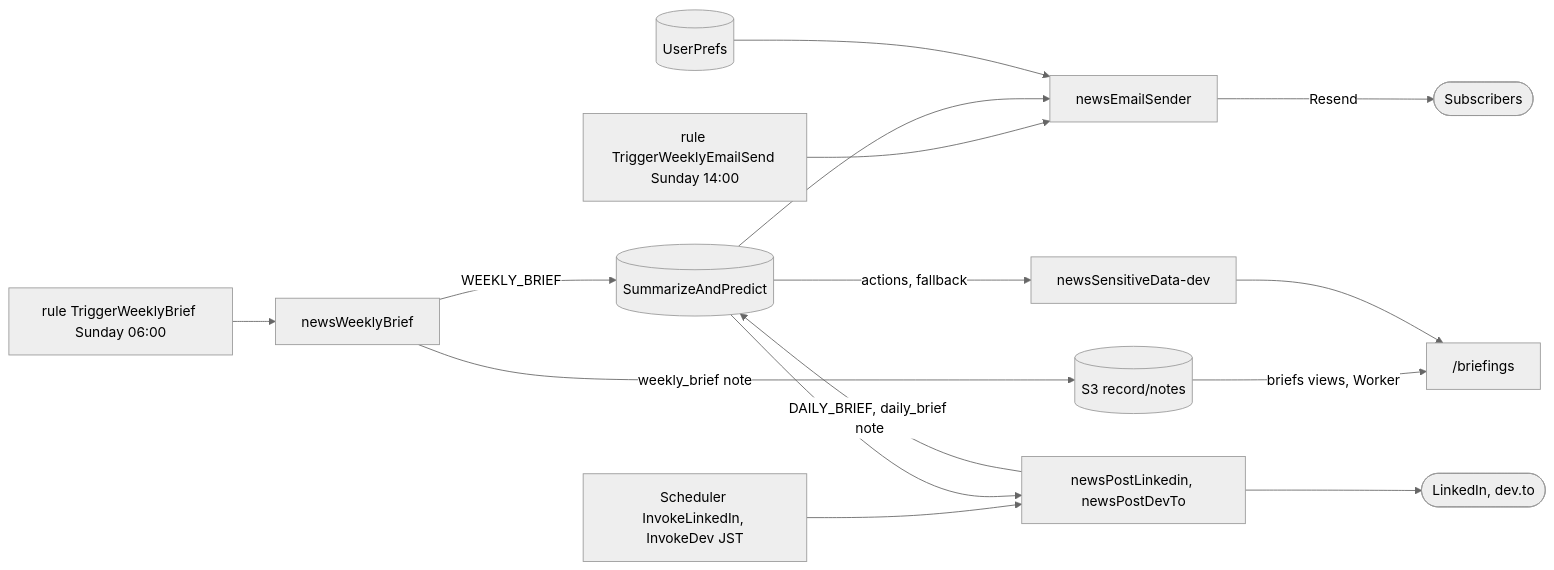
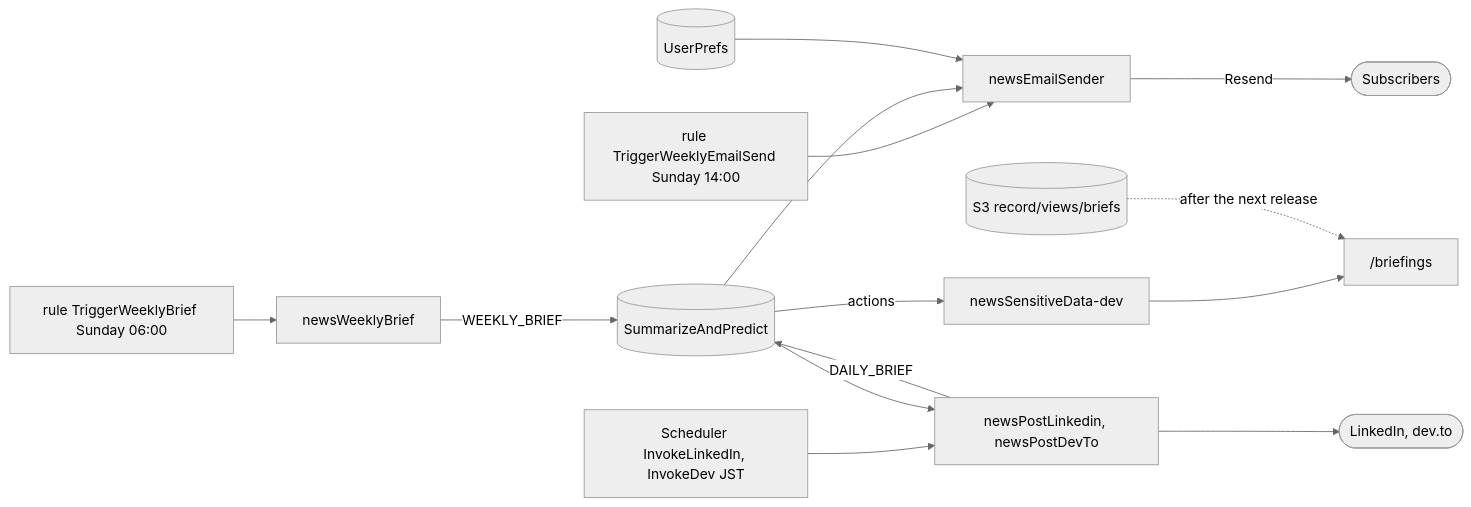
One commit to BenBen05059997/globalPerspective-v1 changed the seventh of 7 diagrams in project-docs/architecture/ARCHITECTURE.md. Above: the diagram before and after it, drawn with Mermaid (neutral theme). The commit also changed other lines of this file, not shown here.

First line of the commit message:
ARCHITECTURE.md rewritten whole for the system as of 2026-10-31: record, refresh schedules, notes writers, briefs, economy gone

````diff
--- a/project-docs/architecture/ARCHITECTURE.md
+++ b/project-docs/architecture/ARCHITECTURE.md
@@ -227,17 +239,16 @@
 ```mermaid
 flowchart LR
   w[rule TriggerWeeklyBrief Sunday 06:00] --> wb[newsWeeklyBrief]
   wb -->|WEEKLY_BRIEF| d[(SummarizeAndPredict)]
-  wb -->|weekly_brief note| rn[(S3 record/notes)]
   e[rule TriggerWeeklyEmailSend Sunday 14:00] --> es[newsEmailSender]
   d --> es
   u[(UserPrefs)] --> es
   es -->|Resend| sub([Subscribers])
-  rn -->|briefs views, Worker| bp["/briefings"]
-  d -->|actions, fallback| px[newsSensitiveData-dev]
-  px --> bp
   l[Scheduler InvokeLinkedIn, InvokeDev JST] --> po[newsPostLinkedin, newsPostDevTo]
   d --> po
   po --> soc([LinkedIn, dev.to])
-  po -->|DAILY_BRIEF, daily_brief note| d
+  po -->|DAILY_BRIEF| d
+  d -->|actions| px[newsSensitiveData-dev]
+  px --> bp["/briefings"]
+  rv[(S3 record/views/briefs)] -.->|after the next release| bp
 ```
````
